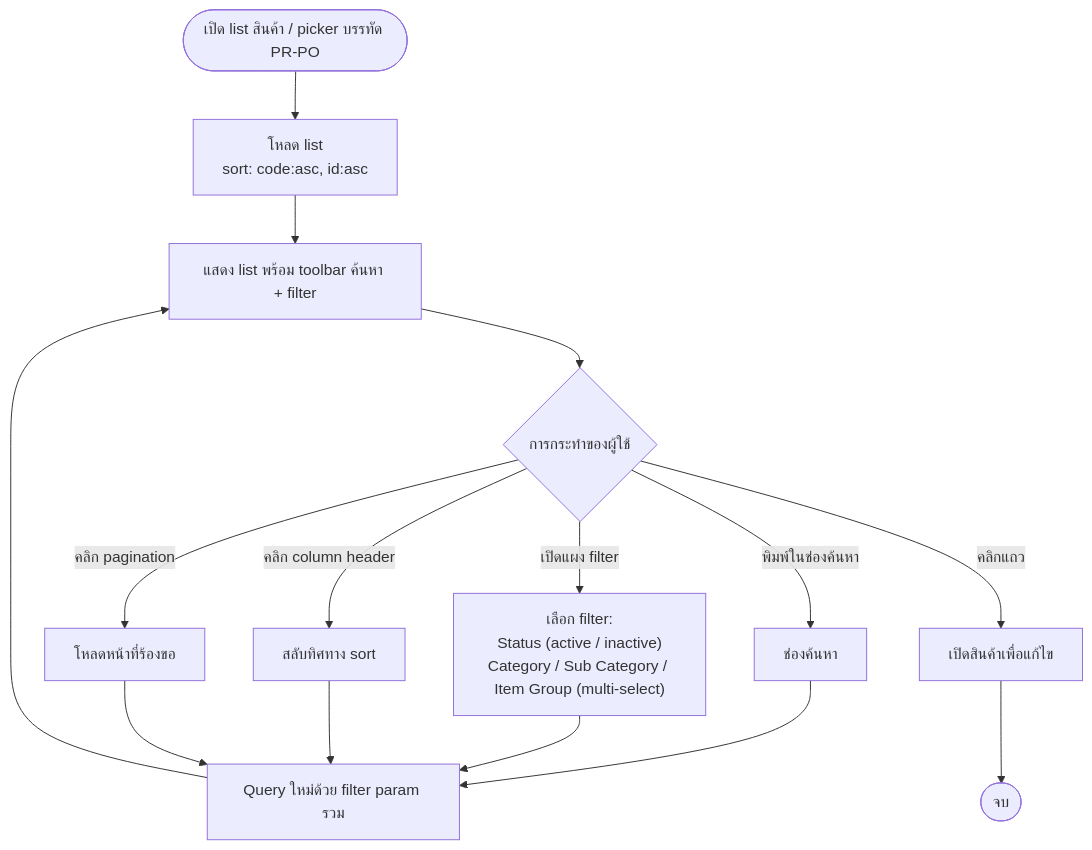
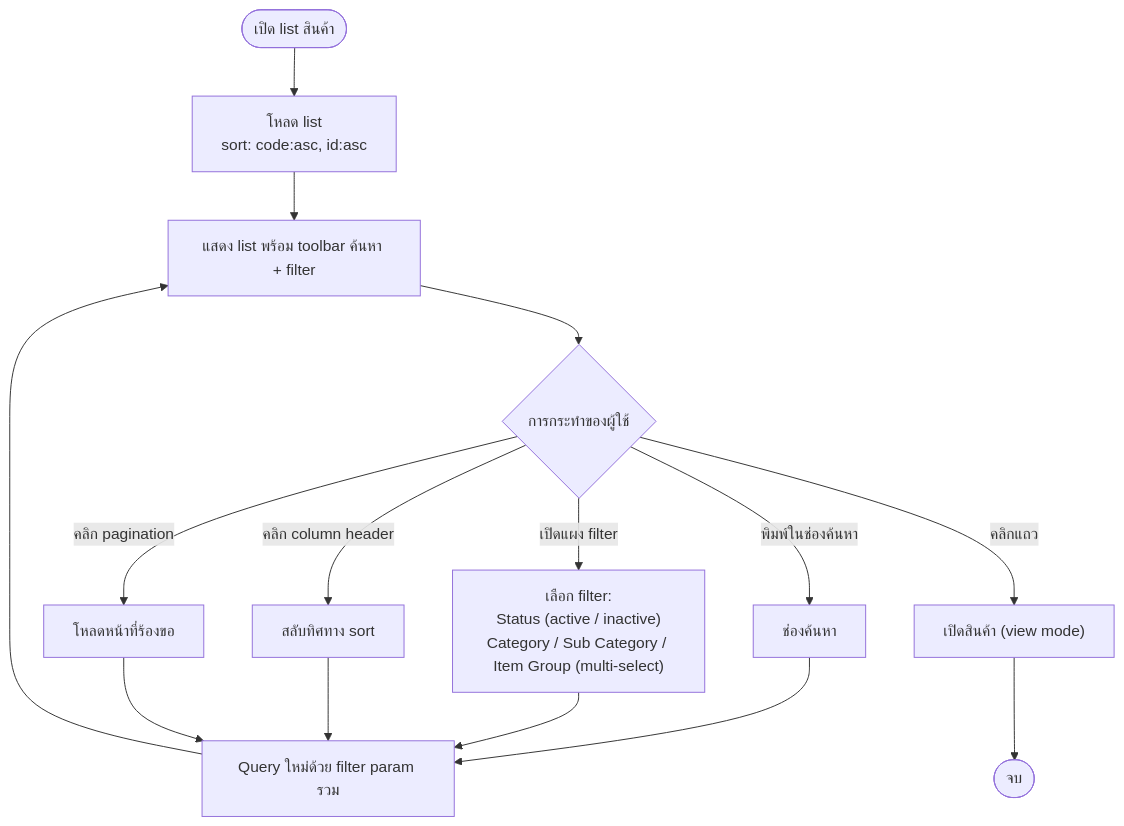
The diagram in th/inventory/product/03-user-flow-purchaser.md (CarmenSoftware-organization/carmen-wiki), drawn with Mermaid before and after one commit. The commit also changed other lines of this file and 20 other files, not shown here.

Commit message:
fix(product,master-data,recipe): correct 13 diagrams against code, drop disabled-export diagram (review round 1)

````diff
--- a/th/inventory/product/03-user-flow-purchaser.md
+++ b/th/inventory/product/03-user-flow-purchaser.md
@@ -39,23 +39,23 @@
 ```mermaid
 flowchart TD
-    Start(["เปิด list สินค้า / picker บรรทัด PR-PO"]) --> LoadInitial["โหลด list<br/>sort: code:asc, id:asc"]
+    Start(["เปิด list สินค้า"]) --> LoadInitial["โหลด list<br/>sort: code:asc, id:asc"]
     LoadInitial --> DisplayList["แสดง list พร้อม toolbar ค้นหา + filter"]
     DisplayList --> UserAction{"การกระทำของผู้ใช้"}
 
     UserAction -->|"พิมพ์ในช่องค้นหา"| Search["ช่องค้นหา"]
     Search --> Query["Query ใหม่ด้วย filter param รวม"]
 
     UserAction -->|"เปิดแผง filter"| Filters["เลือก filter:<br/>Status (active / inactive)<br/>Category / Sub Category / Item Group (multi-select)"]
     Filters --> Query
 
     UserAction -->|"คลิก column header"| Sort["สลับทิศทาง sort"]
     Sort --> Query
 
     UserAction -->|"คลิก pagination"| Page["โหลดหน้าที่ร้องขอ"]
     Page --> Query
 
     Query --> DisplayList
 
-    UserAction -->|"คลิกแถว"| Edit["เปิดสินค้าเพื่อแก้ไข"]
-    Edit --> End(["จบ"])
+    UserAction -->|"คลิกแถว"| View["เปิดสินค้า (view mode)"]
+    View --> End(["จบ"])
 ```
````
